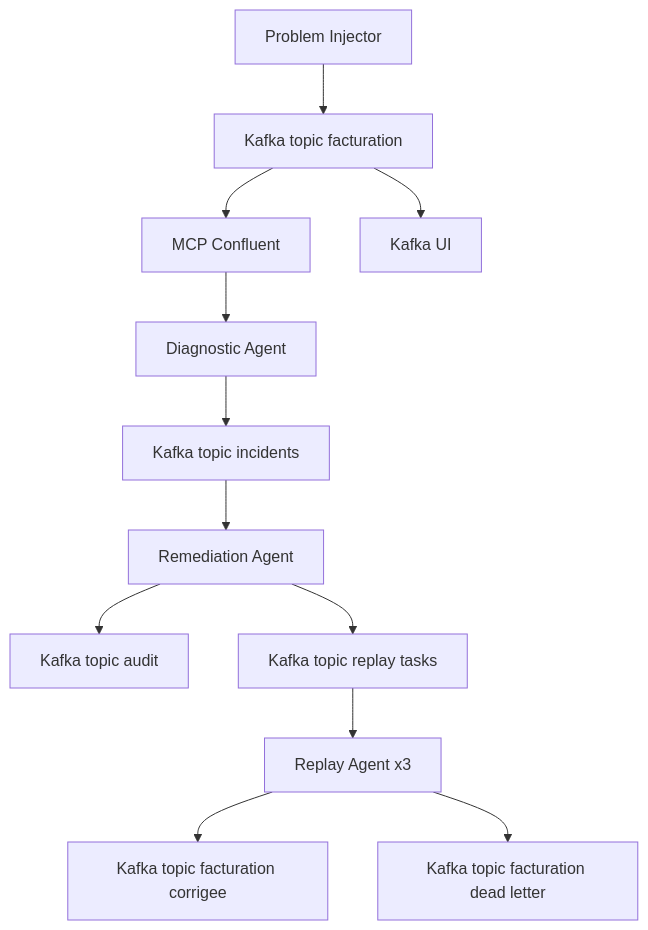
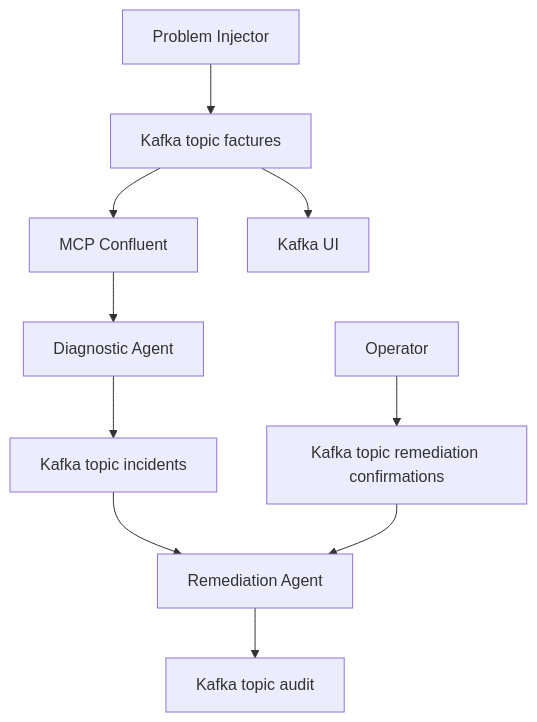
The fourth of 4 diagrams in README.md (arabaaoui/kafka-ops-agents), drawn with Mermaid before and after one commit. The commit also changed other lines of this file, not shown here.

Commit message:
Adapt PoC to article 2 rewrite: control plane diagnostic + remediation

````diff
--- a/README.md
+++ b/README.md
@@ -79,27 +86,23 @@
 ```mermaid
 flowchart TD
-    A[Problem Injector]
-    B[Kafka topic facturation]
-    C[MCP Confluent]
-    D[Diagnostic Agent]
-    E[Kafka topic incidents]
-    F[Remediation Agent]
-    G[Kafka topic audit]
-    H[Kafka topic replay tasks]
-    I[Replay Agent x3]
-    J[Kafka topic facturation corrigee]
-    K[Kafka topic facturation dead letter]
-    L[Kafka UI]
+    PI[Problem Injector]
+    K[Kafka topic factures]
+    MCP[MCP Confluent]
+    DIAG[Diagnostic Agent]
+    INC[Kafka topic incidents]
+    REM[Remediation Agent]
+    OP[Operator]
+    CONF[Kafka topic remediation confirmations]
+    AUD[Kafka topic audit]
+    UI[Kafka UI]
 
-    A --> B
-    B --> C
-    C --> D
-    D --> E
-    E --> F
-    F --> G
-    F --> H
-    H --> I
-    I --> J
-    I --> K
-    B --> L
+    PI --> K
+    K --> MCP
+    MCP --> DIAG
+    DIAG --> INC
+    INC --> REM
+    REM --> AUD
+    OP --> CONF
+    CONF --> REM
+    K --> UI
 ```
````
